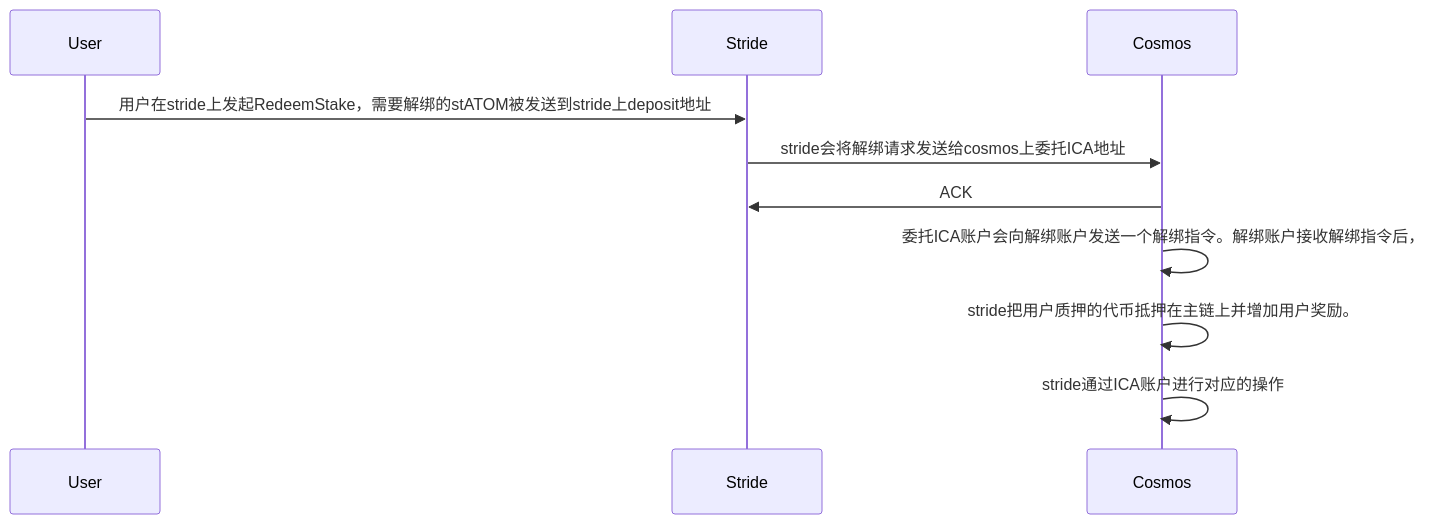
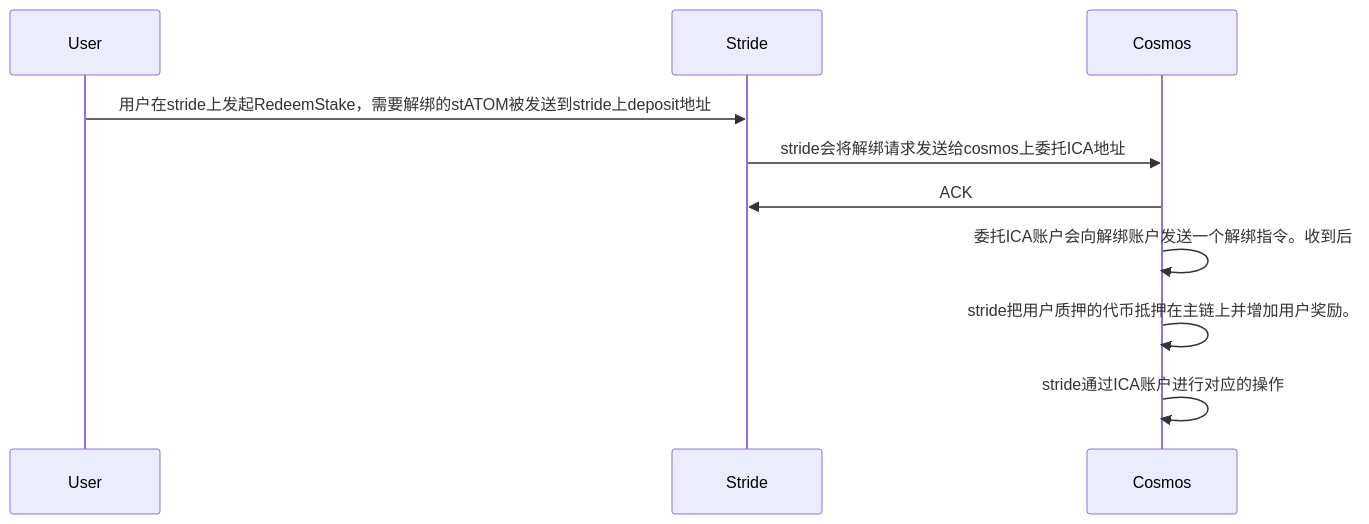
The diagram in all/unbonding.md (yingjianzh/iodraw-files), drawn with Mermaid before and after one commit.

Commit message:
2024-03-28 15:16:10 update

````diff
--- a/all/unbonding.md
+++ b/all/unbonding.md
@@ -1,9 +1,9 @@
 ```mermaid
 sequenceDiagram
     User->>Stride: 用户在stride上发起RedeemStake，需要解绑的stATOM被发送到stride上deposit地址
     Stride->>Cosmos: stride会将解绑请求发送给cosmos上委托ICA地址
     Cosmos->>Stride: ACK
-    Cosmos->>Cosmos: 委托ICA账户会向解绑账户发送一个解绑指令。解绑账户接收解绑指令后，
+    Cosmos->>Cosmos: 委托ICA账户会向解绑账户发送一个解绑指令。收到后
     Cosmos->>Cosmos: stride把用户质押的代币抵押在主链上并增加用户奖励。
     Cosmos->>Cosmos: stride通过ICA账户进行对应的操作
 ```
````
